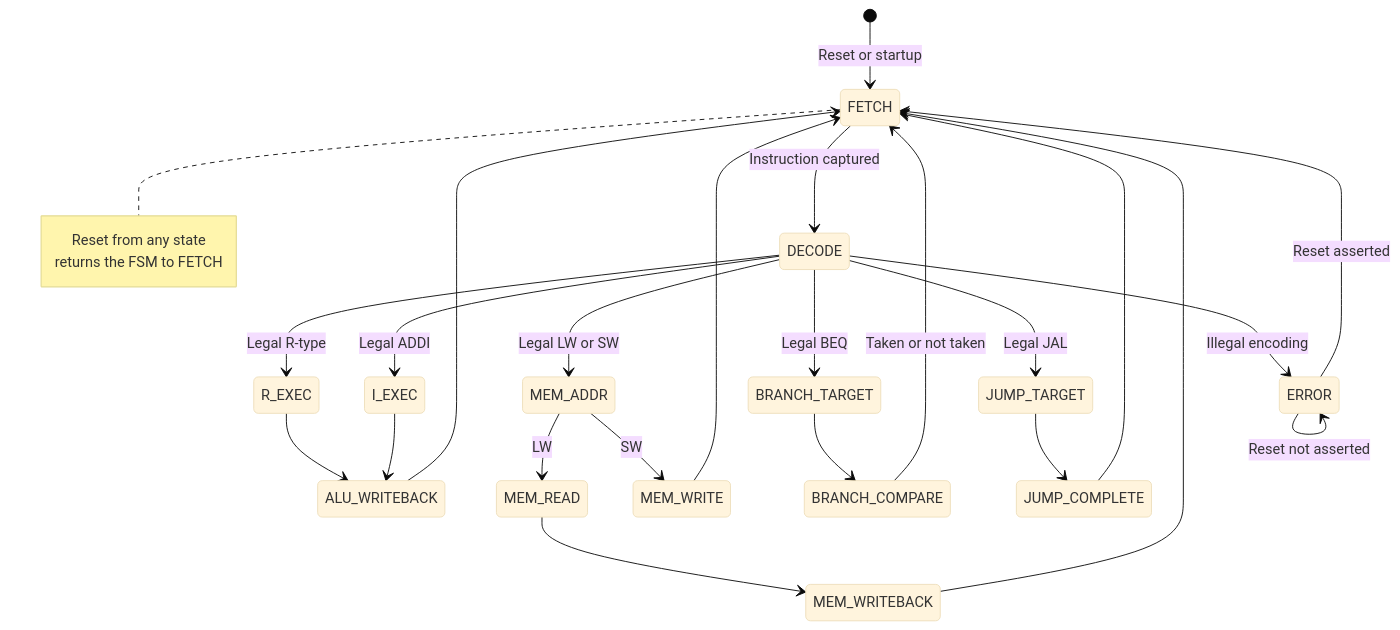
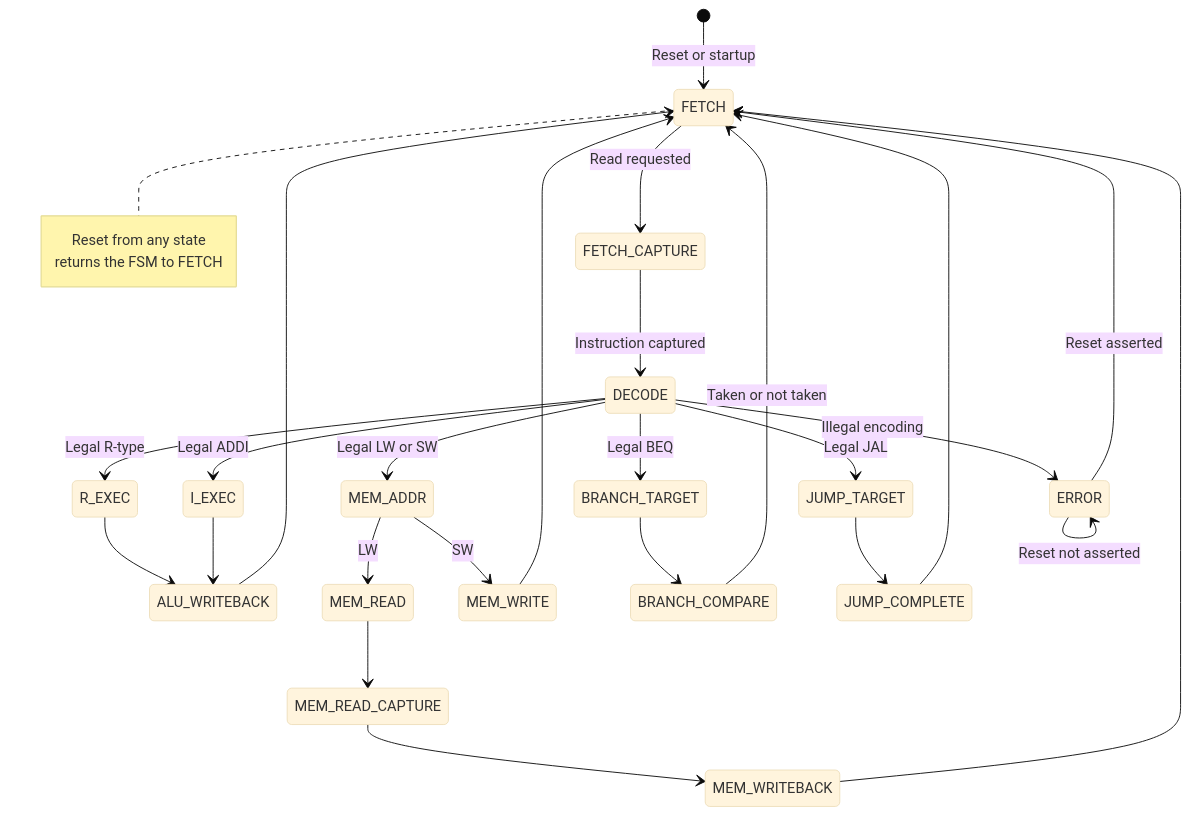
One commit to Rkycodes/OpenCoreX changed the diagram in docs/architecture.md. Above: the diagram before and after it, drawn with Mermaid (base theme). The commit also changed other lines of this file and 2 other files, not shown here.

Commit message:
frustrating and long day of reworking architecture, but I think I can start RTL soon

````diff
--- a/docs/architecture.md
+++ b/docs/architecture.md
@@ -574,37 +644,39 @@
 ```mermaid
 stateDiagram-v2
     [*] --> FETCH: Reset or startup
 
-    FETCH --> DECODE: Instruction captured
+    FETCH --> FETCH_CAPTURE: Read requested
+    FETCH_CAPTURE --> DECODE: Instruction captured
 
     DECODE --> R_EXEC: Legal R-type
     DECODE --> I_EXEC: Legal ADDI
     DECODE --> MEM_ADDR: Legal LW or SW
     DECODE --> BRANCH_TARGET: Legal BEQ
     DECODE --> JUMP_TARGET: Legal JAL
     DECODE --> ERROR: Illegal encoding
 
     R_EXEC --> ALU_WRITEBACK
     I_EXEC --> ALU_WRITEBACK
     ALU_WRITEBACK --> FETCH
 
     MEM_ADDR --> MEM_READ: LW
     MEM_ADDR --> MEM_WRITE: SW
-    MEM_READ --> MEM_WRITEBACK
+    MEM_READ --> MEM_READ_CAPTURE
+    MEM_READ_CAPTURE --> MEM_WRITEBACK
     MEM_WRITEBACK --> FETCH
     MEM_WRITE --> FETCH
 
     BRANCH_TARGET --> BRANCH_COMPARE
     BRANCH_COMPARE --> FETCH: Taken or not taken
 
     JUMP_TARGET --> JUMP_COMPLETE
     JUMP_COMPLETE --> FETCH
 
     ERROR --> ERROR: Reset not asserted
     ERROR --> FETCH: Reset asserted
 
     note right of FETCH
         Reset from any state
         returns the FSM to FETCH
     end note
 ```
````
